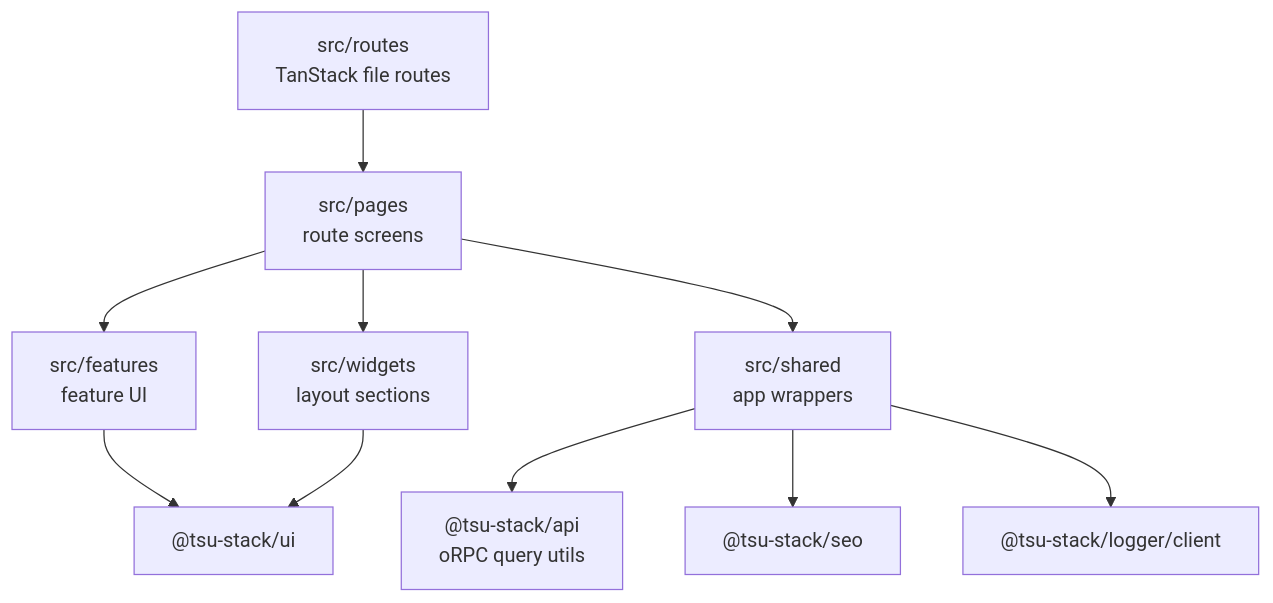
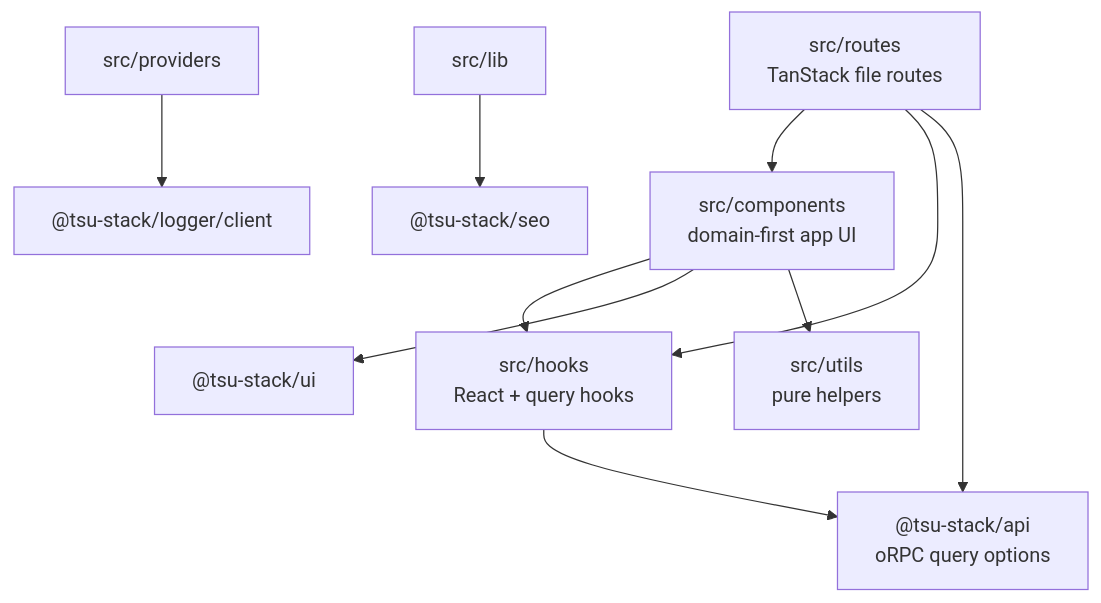
One commit to isherbuilds/edernal-books changed the first of 2 diagrams in apps/web/README.md. Above: the diagram before and after it, drawn with Mermaid. The commit also changed other lines of this file and 129 other files, not shown here.

````diff
--- a/apps/web/README.md
+++ b/apps/web/README.md
@@ -23,12 +29,12 @@
 ```mermaid
 flowchart TD
-  Routes["src/routes<br/>TanStack file routes"] --> Pages["src/pages<br/>route screens"]
-  Pages --> Widgets["src/widgets<br/>layout sections"]
-  Pages --> Features["src/features<br/>feature UI"]
-  Pages --> Shared["src/shared<br/>app wrappers"]
-  Shared --> API["@tsu-stack/api<br/>oRPC query utils"]
-  Shared --> SEO["@tsu-stack/seo"]
-  Shared --> Logger["@tsu-stack/logger/client"]
-  Features --> UI["@tsu-stack/ui"]
-  Widgets --> UI
+  Routes["src/routes<br/>TanStack file routes"] --> Components["src/components<br/>domain-first app UI"]
+  Routes --> Hooks["src/hooks<br/>React + query hooks"]
+  Routes --> ORPC["@tsu-stack/api<br/>oRPC query options"]
+  Components --> Hooks
+  Components --> UI["@tsu-stack/ui"]
+  Components --> Utils["src/utils<br/>pure helpers"]
+  Hooks --> ORPC
+  Providers["src/providers"] --> Logger["@tsu-stack/logger/client"]
+  Lib["src/lib"] --> SEO["@tsu-stack/seo"]
 ```
````
